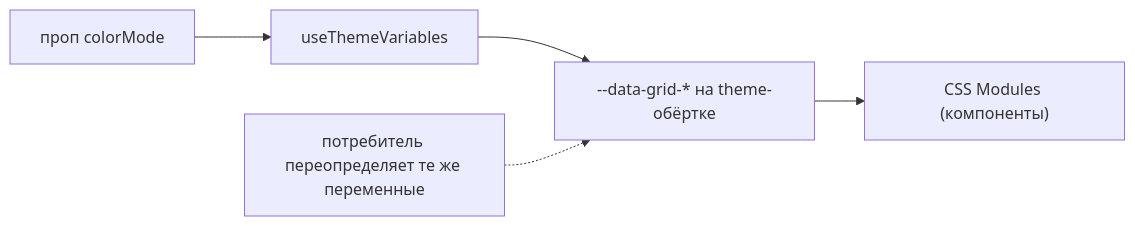
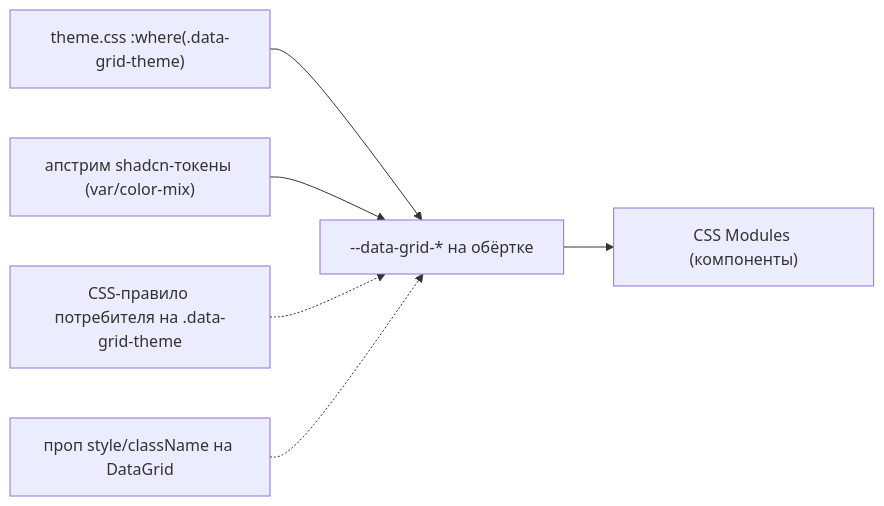
One commit to tessera-grid/tessera changed the diagram in docs/architecture/theming-and-overrides.md. Above: the diagram before and after it, drawn with Mermaid. The commit also changed other lines of this file and 18 other files, not shown here.

````diff
--- a/docs/architecture/theming-and-overrides.md
+++ b/docs/architecture/theming-and-overrides.md
@@ -22,7 +34,8 @@
 ```mermaid
 flowchart LR
-    CM["проп colorMode"] --> UTV["useThemeVariables"]
-    UTV --> VARS["--data-grid-* на theme-обёртке"]
+    TC["theme.css :where(.data-grid-theme)"] --> VARS["--data-grid-* на обёртке"]
+    PAL["апстрим shadcn-токены (var/color-mix)"] --> VARS
     VARS --> CSSM["CSS Modules (компоненты)"]
-    OVER["потребитель переопределяет те же переменные"] -.-> VARS
+    OVERCSS["CSS-правило потребителя на .data-grid-theme"] -.-> VARS
+    OVERINLINE["проп style/className на DataGrid"] -.-> VARS
 ```
````
